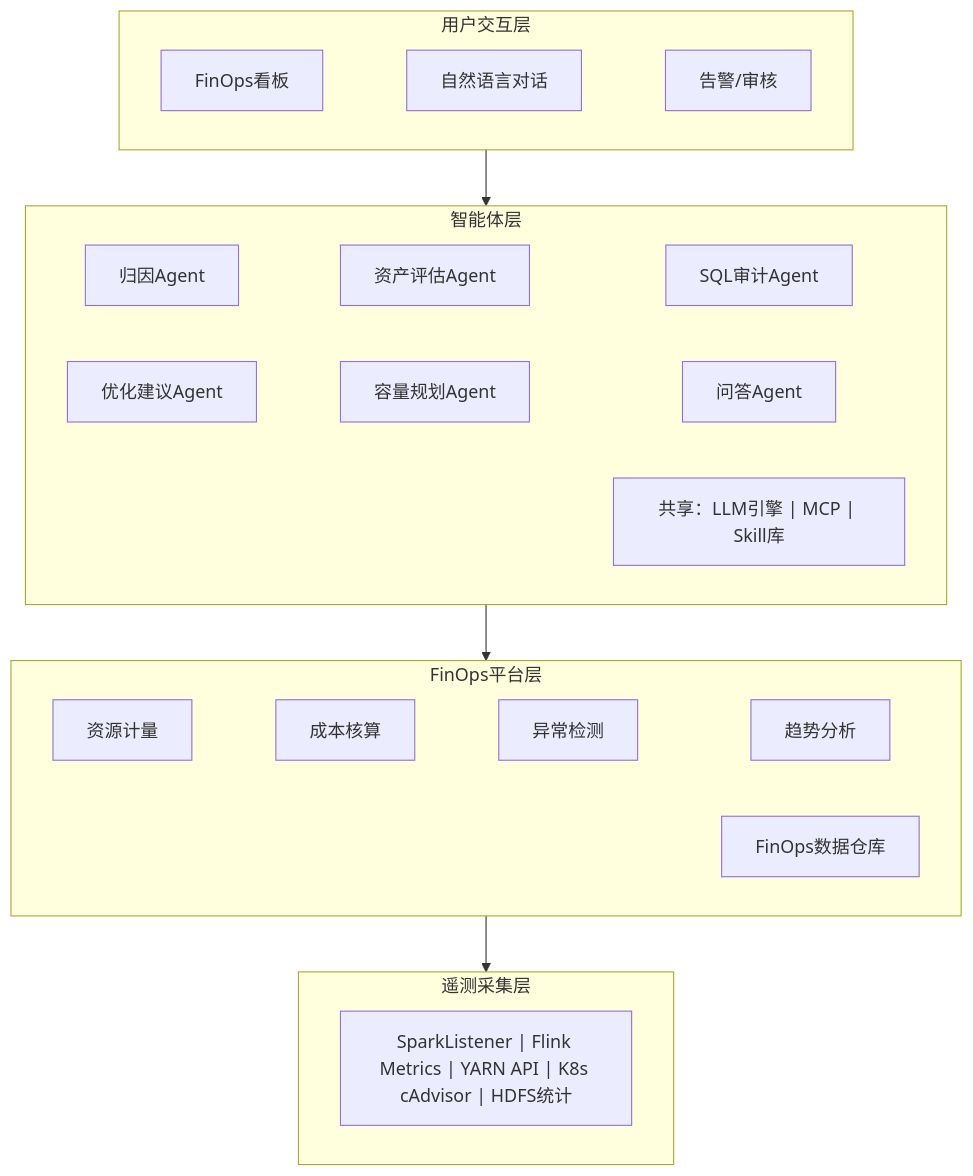
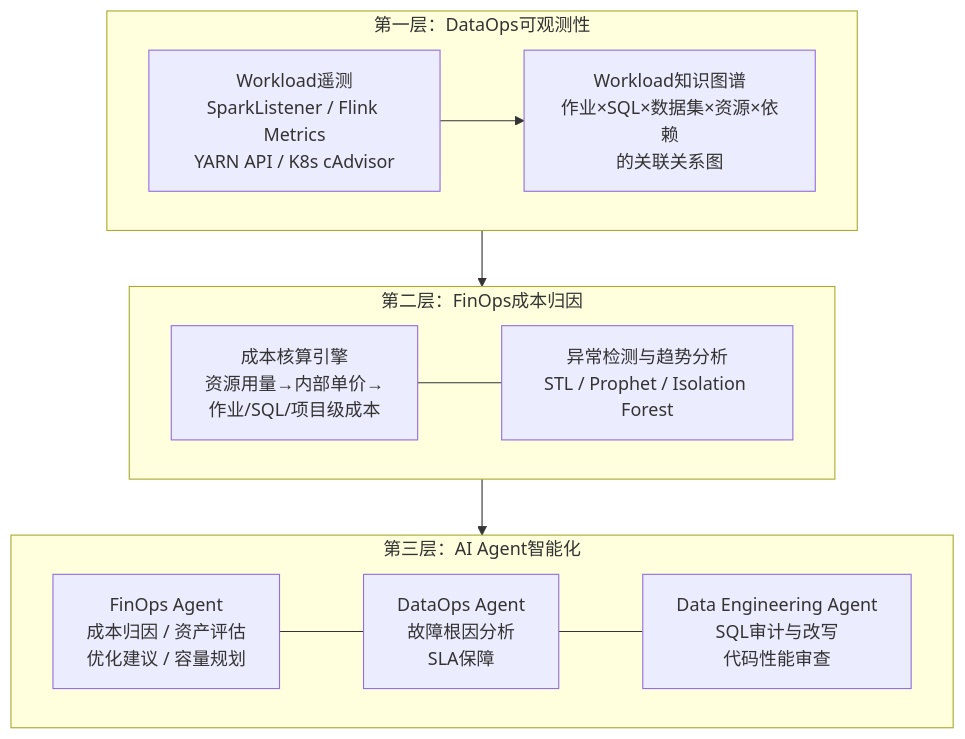
One commit to newmanxiang/newmanclaw changed the first of 3 diagrams in doc/数据智能/数据平台成本智能治理——前瞻技术提案V3.1.md. Above: the diagram before and after it, drawn with Mermaid. The commit also changed other lines of this file, not shown here.

First line of the commit message:
V3.1全新重写：借鉴Unravel DataFinOps思路，DataOps+FinOps融合+三Agent体系

````diff
--- a/doc/数据智能/数据平台成本智能治理——前瞻技术提案V3.1.md
+++ b/doc/数据智能/数据平台成本智能治理——前瞻技术提案V3.1.md
@@ -106,19 +86,26 @@
 ```mermaid
 flowchart TB
-    subgraph UX ["用户交互层"]
-        Dashboard["FinOps看板"] ~~~ Chat["自然语言对话"] ~~~ Alert["告警/审核"]
+    subgraph L1 ["第一层：DataOps可观测性"]
+        direction LR
+        T1["Workload遥测<br/>SparkListener / Flink Metrics<br/>YARN API / K8s cAdvisor"]
+        T2["Workload知识图谱<br/>作业×SQL×数据集×资源×依赖<br/>的关联关系图"]
+        T1 --> T2
     end
-    subgraph Agent ["智能体层"]
-        A1["归因Agent"] ~~~ A2["资产评估Agent"] ~~~ A3["SQL审计Agent"]
-        A4["优化建议Agent"] ~~~ A5["容量规划Agent"] ~~~ A6["问答Agent"]
-        Infra["共享：LLM引擎 | MCP | Skill库"]
+
+    subgraph L2 ["第二层：FinOps成本归因"]
+        direction LR
+        F1["成本核算引擎<br/>资源用量→内部单价→<br/>作业/SQL/项目级成本"]
+        F2["异常检测与趋势分析<br/>STL / Prophet / Isolation Forest"]
+        F1 --- F2
     end
-    subgraph Platform ["FinOps平台层"]
-        E1["资源计量"] ~~~ E2["成本核算"] ~~~ E3["异常检测"] ~~~ E4["趋势分析"]
-        DW["FinOps数据仓库"]
+
+    subgraph L3 ["第三层：AI Agent智能化"]
+        direction LR
+        A1["FinOps Agent<br/>成本归因 / 资产评估<br/>优化建议 / 容量规划"]
+        A2["DataOps Agent<br/>故障根因分析<br/>SLA保障"]
+        A3["Data Engineering Agent<br/>SQL审计与改写<br/>代码性能审查"]
+        A1 --- A2 --- A3
     end
-    subgraph Telemetry ["遥测采集层"]
-        T["SparkListener | Flink Metrics | YARN API | K8s cAdvisor | HDFS统计"]
-    end
-    UX --> Agent --> Platform --> Telemetry
+
+    L1 --> L2 --> L3
 ```
````
